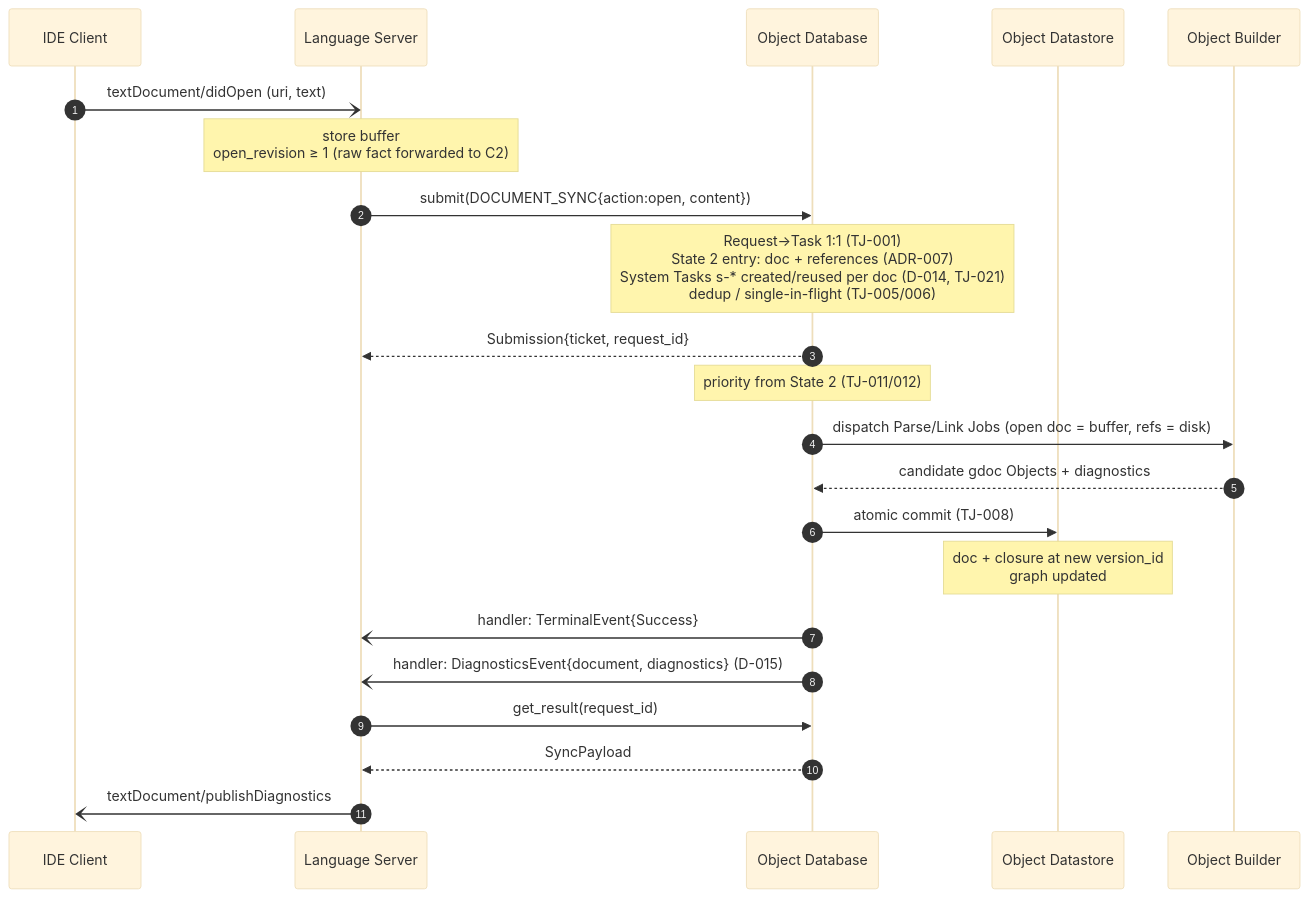
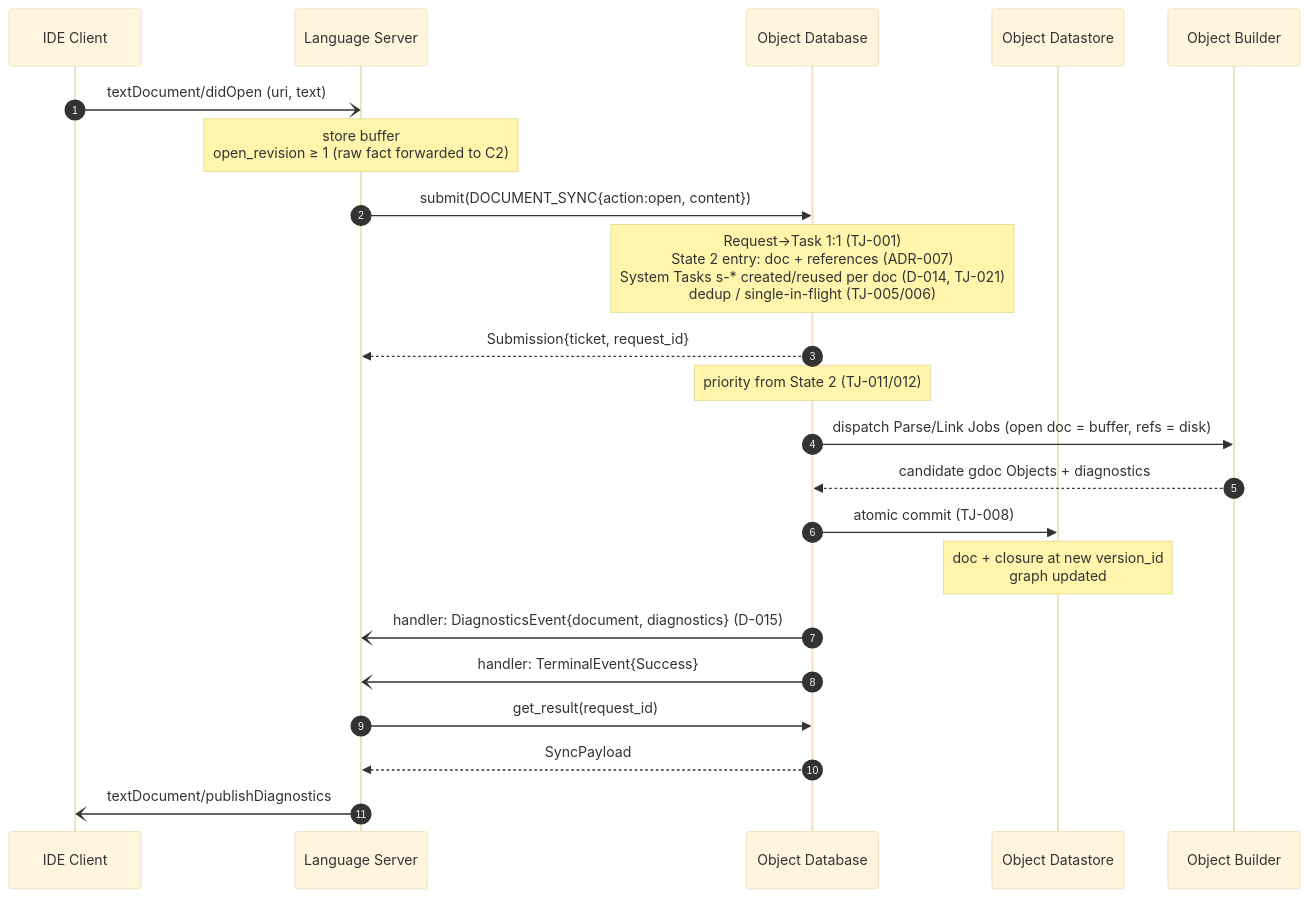
The diagram in docs/architecture/gdocServer/usecases/UC-002_OpenText.md (tyskdm/gdoc), drawn with Mermaid (base theme) before and after one commit. The commit also changed other lines of this file and 4 other files, not shown here.

````diff
--- a/docs/architecture/gdocServer/usecases/UC-002_OpenText.md
+++ b/docs/architecture/gdocServer/usecases/UC-002_OpenText.md
@@ -186,25 +186,25 @@
 ```mermaid
 sequenceDiagram
     autonumber
     participant IDE as IDE Client
     participant C1 as Language Server
     participant C2 as Object Database
     participant C3 as Object Datastore
     participant C4 as Object Builder
 
     IDE-)C1: textDocument/didOpen (uri, text)
     Note over C1: store buffer<br>open_revision ≥ 1 (raw fact forwarded to C2)
     C1->>C2: submit(DOCUMENT_SYNC{action:open, content})
     Note over C2: Request->Task 1:1 (TJ-001)<br>State 2 entry: doc + references (ADR-007)<br>System Tasks s-* created/reused per doc (D-014, TJ-021)<br>dedup / single-in-flight (TJ-005/006)
     C2-->>C1: Submission{ticket, request_id}
     Note over C2: priority from State 2 (TJ-011/012)
     C2->>C4: dispatch Parse/Link Jobs (open doc = buffer, refs = disk)
     C4-->>C2: candidate gdoc Objects + diagnostics
     C2->>C3: atomic commit (TJ-008)
     Note over C3: doc + closure at new version_id<br>graph updated
+    C2-)C1: handler: DiagnosticsEvent{document, diagnostics} (D-015)
     C2-)C1: handler: TerminalEvent{Success}
-    C2-)C1: handler: DiagnosticsEvent{document, diagnostics} (D-015)
     C1->>C2: get_result(request_id)
     C2-->>C1: SyncPayload
     C1-)IDE: textDocument/publishDiagnostics
 ```
````
